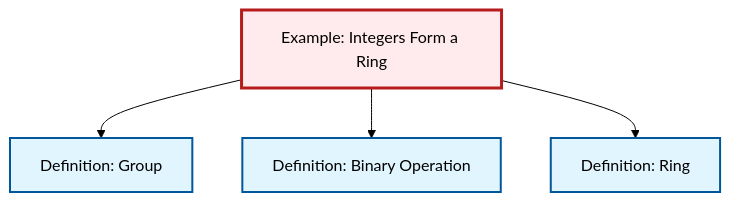
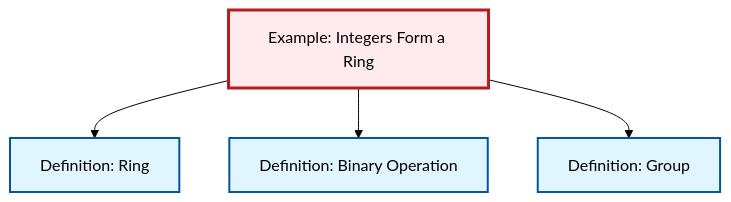
One commit to RK0429/ModernMath changed the diagram in output/mermaid/ex-integers-ring.mermaid. Above: the diagram before and after it, drawn with Mermaid (forest theme). The commit also changed other lines of this file and 1190 other files, not shown here.

````diff
--- a/output/mermaid/ex-integers-ring.mermaid
+++ b/output/mermaid/ex-integers-ring.mermaid
@@ -1,17 +1,17 @@
 ```{mermaid}
 %%| fig-cap: "Local dependency graph"
 graph TD
     classDef definition fill:#e1f5fe,stroke:#01579b,stroke-width:2px
     classDef theorem fill:#f3e5f5,stroke:#4a148c,stroke-width:2px
     classDef axiom fill:#fff3e0,stroke:#e65100,stroke-width:2px
     classDef example fill:#e8f5e9,stroke:#1b5e20,stroke-width:2px
     classDef current fill:#ffebee,stroke:#b71c1c,stroke-width:3px
     def-binary-operation["Definition: Binary Operation"]:::definition
+    ex-integers-ring["Example: Integers Form a Ring"]:::example
     def-ring["Definition: Ring"]:::definition
-    ex-integers-ring["Example: Integers Form a Ring"]:::example
     def-group["Definition: Group"]:::definition
+    ex-integers-ring --> def-ring
+    ex-integers-ring --> def-binary-operation
     ex-integers-ring --> def-group
-    ex-integers-ring --> def-binary-operation
-    ex-integers-ring --> def-ring
     class ex-integers-ring current
 ```
````
